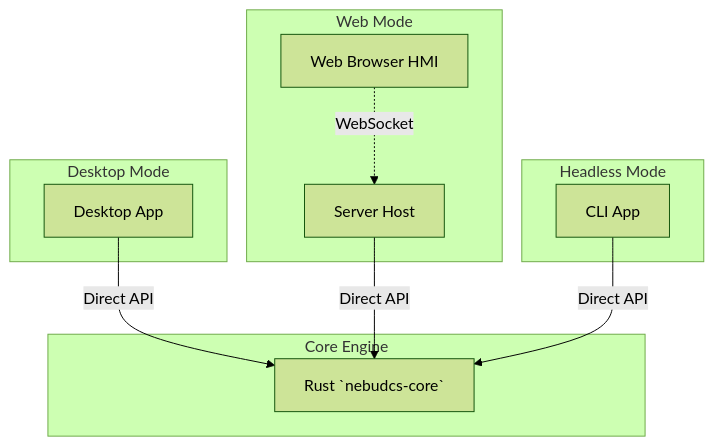
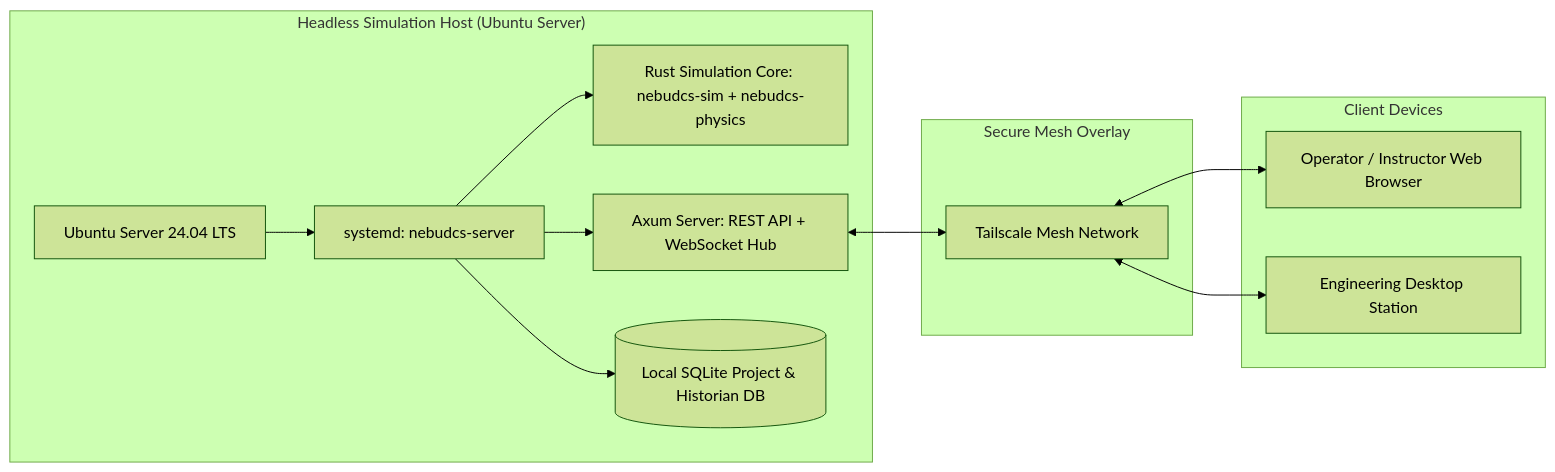
Before and after one commit to kaivyy/nebudcs: the sixth of 7 diagrams in docs/architecture/system-architecture.md, drawn with Mermaid (forest theme). The commit also changed other lines of this file and 149 other files, not shown here.

````diff
--- a/docs/architecture/system-architecture.md
+++ b/docs/architecture/system-architecture.md
@@ -78,19 +286,18 @@
 ```mermaid
-graph TD
-    subgraph Core Engine
-        Engine[Rust `nebudcs-core`]
+graph LR
+    subgraph "Headless Simulation Host (Ubuntu Server)"
+        OS[Ubuntu Server 24.04 LTS] --> Service[systemd: nebudcs-server]
+        Service --> Engine[Rust Simulation Core: nebudcs-sim + nebudcs-physics]
+        Service --> Host[Axum Server: REST API + WebSocket Hub]
+        Service --> DB[(Local SQLite Project & Historian DB)]
     end
 
-    subgraph Desktop Mode
-        Desktop[Desktop App] -->|Direct API| Engine
+    subgraph "Secure Mesh Overlay"
+        Host <--> Tailscale[Tailscale Mesh Network]
     end
 
-    subgraph Web Mode
-        Server[Server Host] -->|Direct API| Engine
-        WebHMI[Web Browser HMI] -.->|WebSocket| Server
-    end
-
-    subgraph Headless Mode
-        CLI[CLI App] -->|Direct API| Engine
+    subgraph "Client Devices"
+        Tailscale <--> Browser[Operator / Instructor Web Browser]
+        Tailscale <--> DesktopClient[Engineering Desktop Station]
     end
 ```
````
